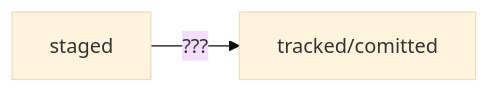
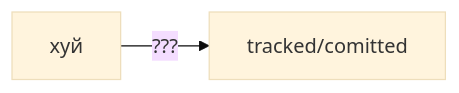
Before and after one commit to SergioGabalerro/first-project: the diagram in README.md, drawn with Mermaid (base theme).

Commit message:
ДЗ#2: исправить ошибку со схемой финал

````diff
--- a/README.md
+++ b/README.md
@@ -204,5 +204,5 @@
 ```mermaid
 graph LR;
   %%"Пишем код"    -->    "Делаем add";%%
-  staged    -- "???"     --> tracked/comitted;
+  хуй    -- "???"     --> tracked/comitted;
 ```
````
